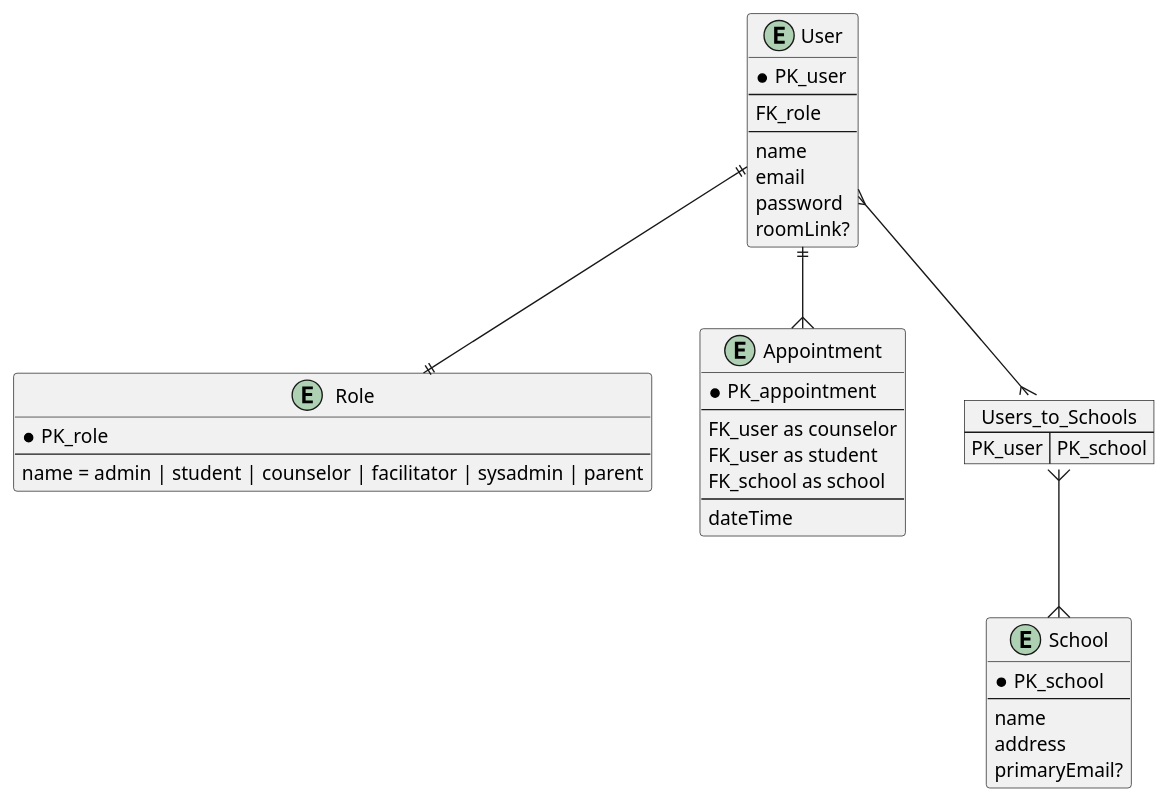
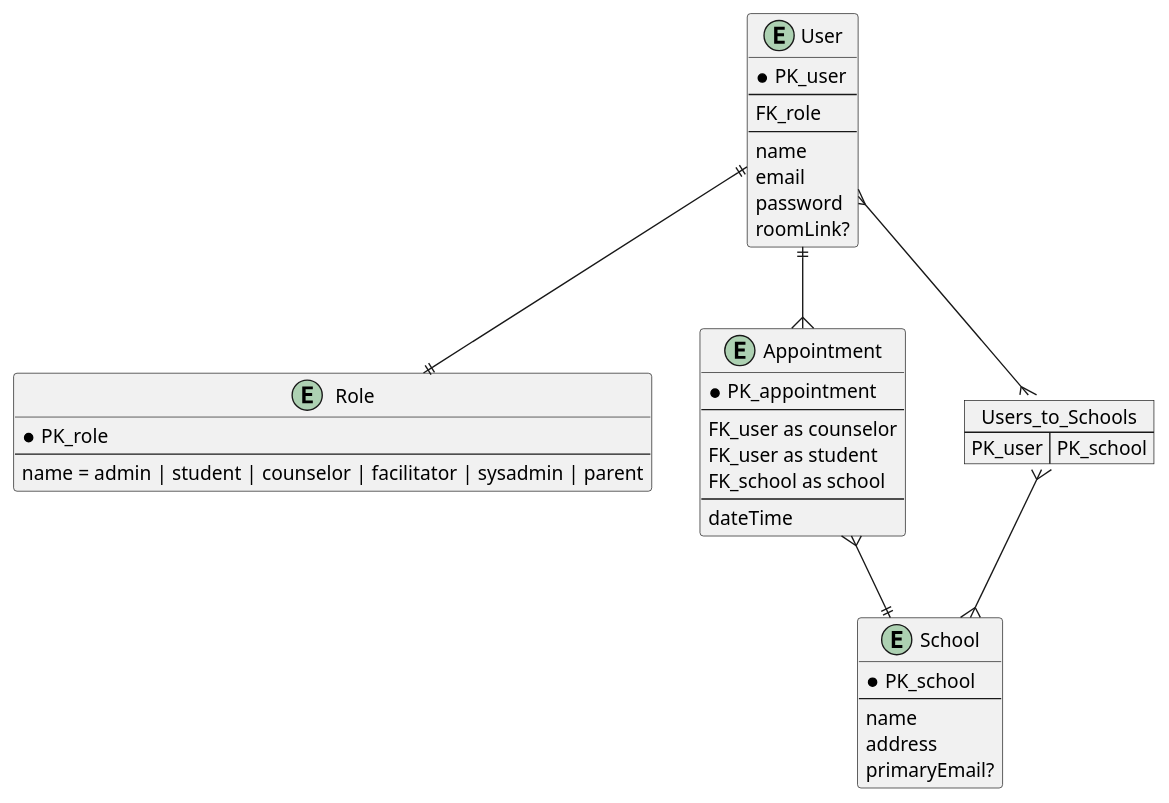
Before and after one commit to joven-health-mike/juno-react: the diagram in docs/puml/database-design.puml, drawn with PlantUML.

Commit message:
Add school -> appt relationship line.

```diff
--- a/docs/puml/database-design.puml
+++ b/docs/puml/database-design.puml
@@ -1,47 +1,48 @@
 @startuml
 
 entity User {
   *PK_user
   --
   FK_role
   --
   name
   email
   password
   roomLink?
 }
 
 entity Role {
   *PK_role
   --
   name = admin | student | counselor | facilitator | sysadmin | parent
 }
 
 entity School {
   *PK_school
   --
   name
   address
   primaryEmail?
 }
 
 entity Appointment {
   *PK_appointment
   --
   FK_user as counselor
   FK_user as student
   FK_school as school
   --
   dateTime
 }
 
 map Users_to_Schools {
   PK_user => PK_school
 }
 
 User ||--|| Role
 User }--{ Users_to_Schools
 Users_to_Schools }--{ School
 User ||--{ Appointment
+Appointment }--|| School
 
 @enduml
```
